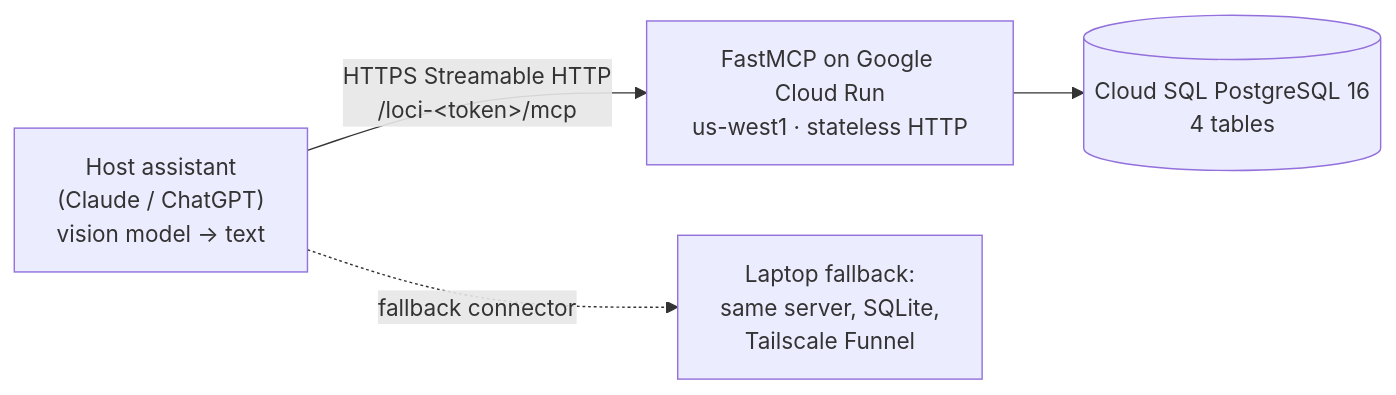
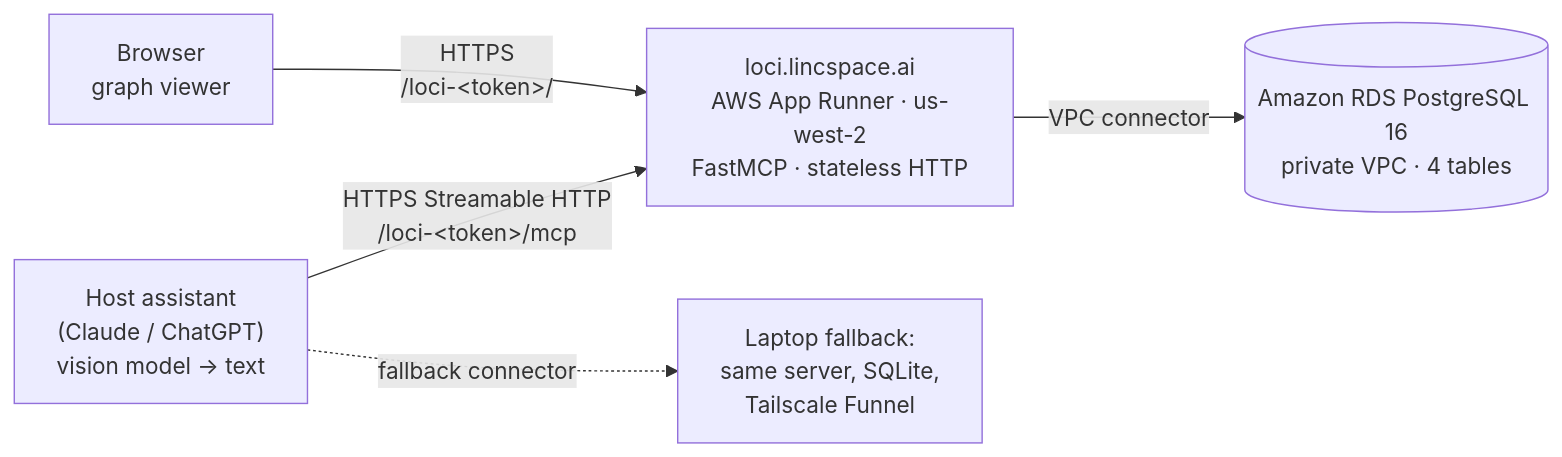
Before and after one commit to LincForge/0xl0c1: the diagram in README.md, drawn with Mermaid. The commit also changed other lines of this file and 2 other files, not shown here.

Commit message:
docs: align architecture with live AWS deployment

````diff
--- a/README.md
+++ b/README.md
@@ -212,10 +212,12 @@
 ```mermaid
 flowchart LR
   A["Host assistant<br/>(Claude / ChatGPT)<br/>vision model → text"]
-  B["FastMCP on Google Cloud Run<br/>us-west1 · stateless HTTP"]
-  C[("Cloud SQL PostgreSQL 16<br/>4 tables")]
+  V["Browser<br/>graph viewer"]
+  B["loci.lincspace.ai<br/>AWS App Runner · us-west-2<br/>FastMCP · stateless HTTP"]
+  C[("Amazon RDS PostgreSQL 16<br/>private VPC · 4 tables")]
   D["Laptop fallback:<br/>same server, SQLite,<br/>Tailscale Funnel"]
   A -- "HTTPS Streamable HTTP<br/>/loci-&lt;token&gt;/mcp" --> B
-  B --> C
+  V -- "HTTPS<br/>/loci-&lt;token&gt;/" --> B
+  B -- "VPC connector" --> C
   A -. "fallback connector" .-> D
 ```
````
